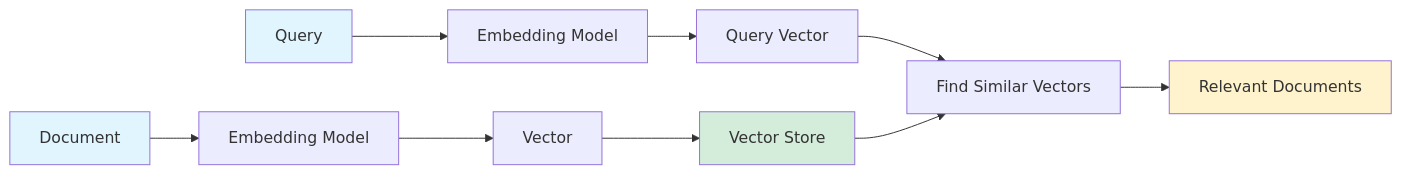
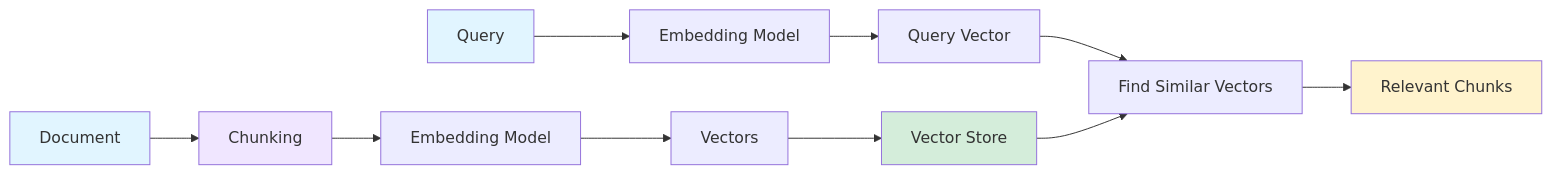
Before and after one commit to gyliu513/llama-stack-starter-apps: the third of 21 diagrams in sjsu/hands-on.md, drawn with Mermaid. The commit also changed other lines of this file, not shown here.

First line of the commit message:
Enhance hands-on.md with vector search and ReACT details

````diff
--- a/sjsu/hands-on.md
+++ b/sjsu/hands-on.md
@@ -196,17 +198,19 @@
 ```mermaid
 graph LR
-    Doc[Document] --> Embed1[Embedding Model]
-    Embed1 --> Vec1[Vector]
+    Doc[Document] --> Chunk[Chunking]
+    Chunk --> Embed1[Embedding Model]
+    Embed1 --> Vec1[Vectors]
     Vec1 --> Store[Vector Store]
 
     Query[Query] --> Embed2[Embedding Model]
     Embed2 --> Vec2[Query Vector]
     Vec2 --> Search[Find Similar Vectors]
     Store --> Search
-    Search --> Results[Relevant Documents]
+    Search --> Results[Relevant Chunks]
 
     style Doc fill:#e1f5ff
+    style Chunk fill:#f0e6ff
     style Query fill:#e1f5ff
     style Store fill:#d4edda
     style Results fill:#fff3cd
 ```
````
